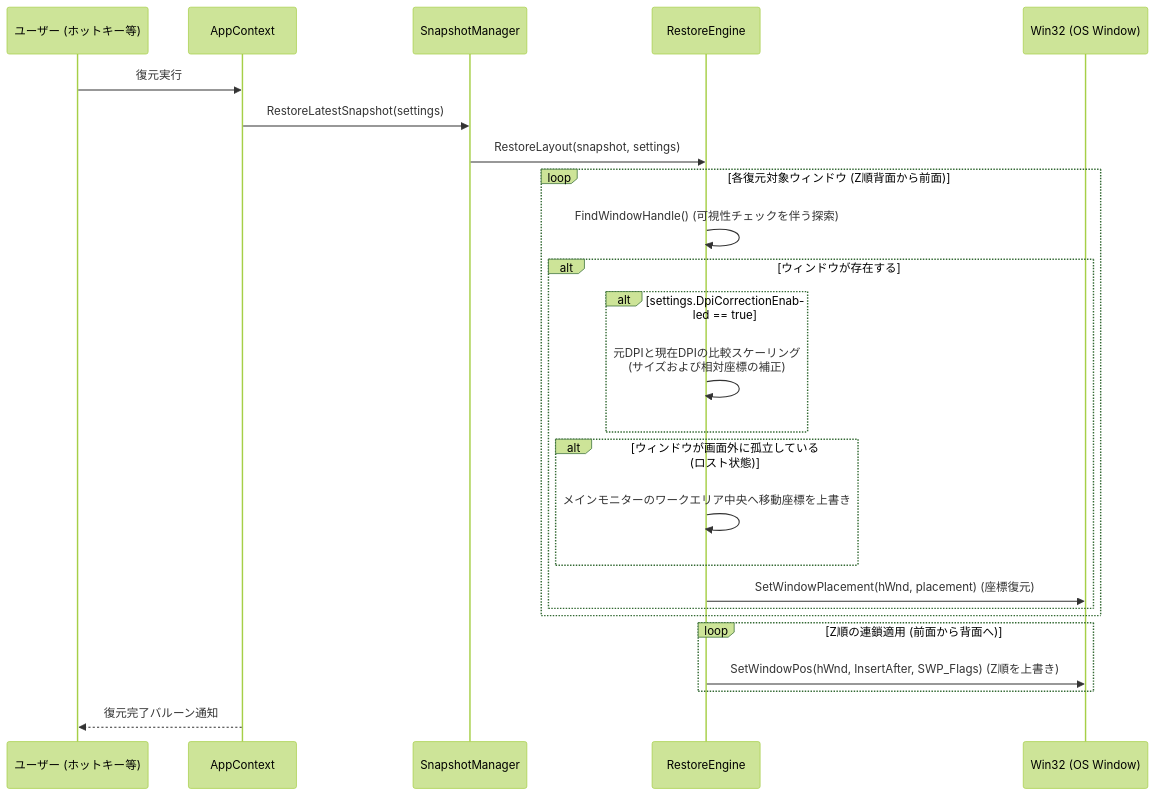
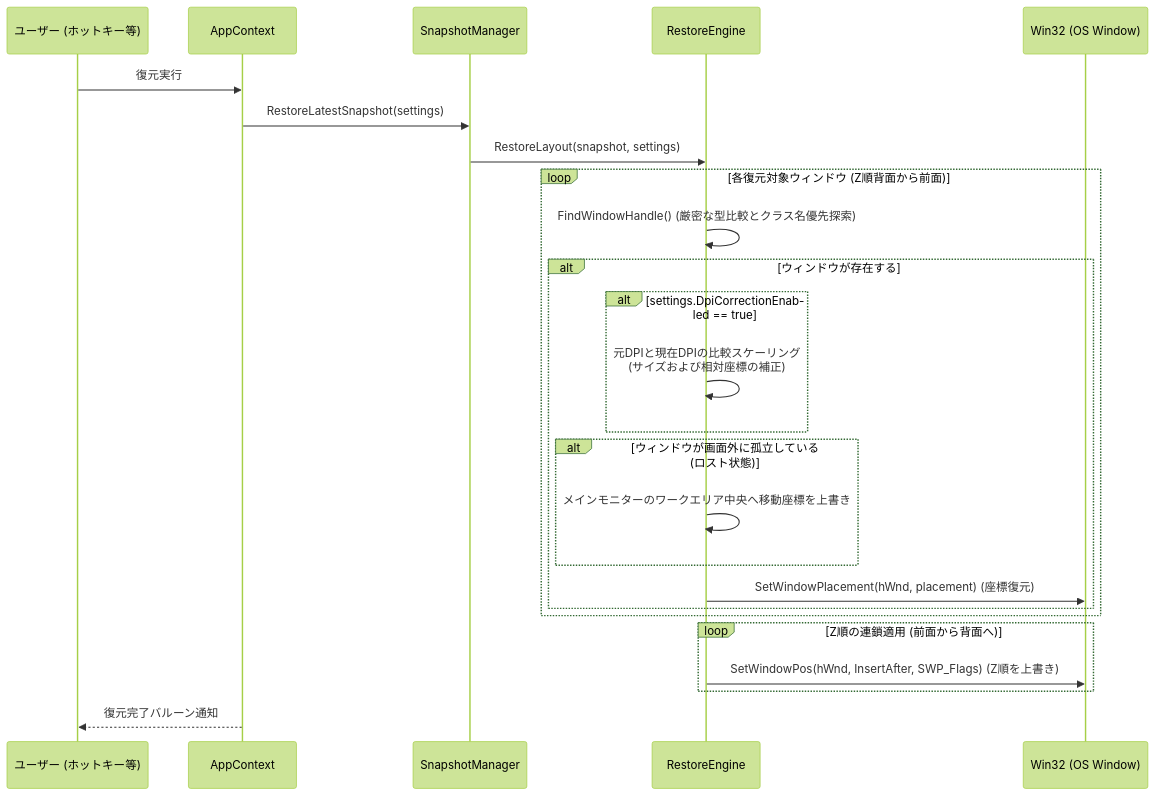
Before and after one commit to hamano1204/snapback-layout: the second of 2 diagrams in design_document.md, drawn with Mermaid (forest theme). The commit also changed other lines of this file and 7 other files, not shown here.

````diff
--- a/design_document.md
+++ b/design_document.md
@@ -169,30 +188,30 @@
 ```mermaid
 sequenceDiagram
     participant U as ユーザー (ホットキー等)
     participant AC as AppContext
     participant SM as SnapshotManager
     participant RE as RestoreEngine
     participant W as Win32 (OS Window)
 
     U->>AC: 復元実行
     AC->>SM: RestoreLatestSnapshot(settings)
     SM->>RE: RestoreLayout(snapshot, settings)
     
     loop 各復元対象ウィンドウ (Z順背面から前面)
-        RE->>RE: FindWindowHandle() (可視性チェックを伴う探索)
+        RE->>RE: FindWindowHandle() (厳密な型比較とクラス名優先探索)
         alt ウィンドウが存在する
             alt settings.DpiCorrectionEnabled == true
                 RE->>RE: 元DPIと現在DPIの比較スケーリング<br/>(サイズおよび相対座標の補正)
             end
             alt ウィンドウが画面外に孤立している (ロスト状態)
                 RE->>RE: メインモニターのワークエリア中央へ移動座標を上書き
             end
             RE->>W: SetWindowPlacement(hWnd, placement) (座標復元)
         end
     end
     
     loop Z順の連鎖適用 (前面から背面へ)
         RE->>W: SetWindowPos(hWnd, InsertAfter, SWP_Flags) (Z順を上書き)
     end
     AC-->>U: 復元完了バルーン通知
 ```
````
